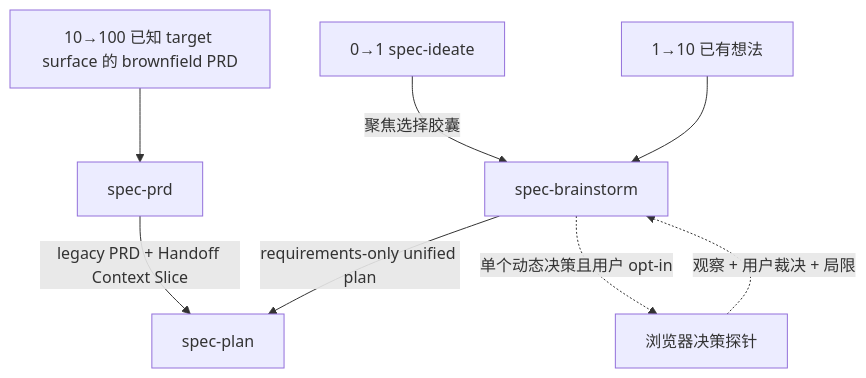
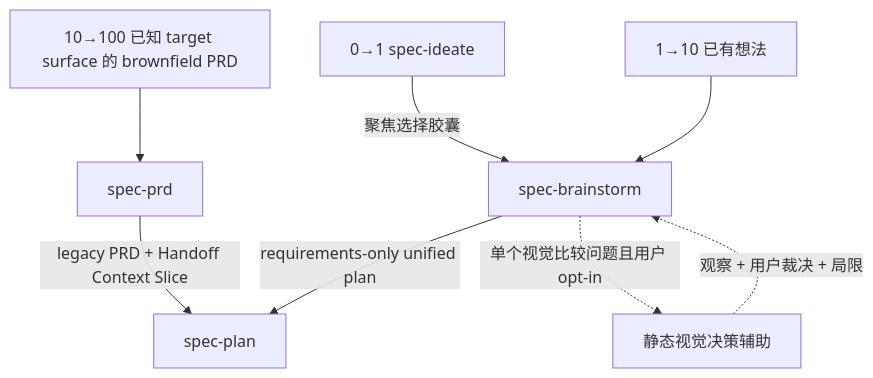
One commit to leo-kuang-ai/spec-first changed the first of 3 diagrams in docs/plans/2026-07-11-003-refactor-requirements-clarification-skills-integration-plan.md. Above: the diagram before and after it, drawn with Mermaid. The commit also changed other lines of this file and 35 other files, not shown here.

````diff
--- a/docs/plans/2026-07-11-003-refactor-requirements-clarification-skills-integration-plan.md
+++ b/docs/plans/2026-07-11-003-refactor-requirements-clarification-skills-integration-plan.md
@@ -34,10 +34,10 @@
 ```mermaid
 flowchart TB
   I[0→1 spec-ideate] -->|聚焦选择胶囊| B[spec-brainstorm]
   D[1→10 已有想法] --> B
   B -->|requirements-only unified plan| P[spec-plan]
   R[10→100 已知 target surface 的 brownfield PRD] --> Q[spec-prd]
   Q -->|legacy PRD + Handoff Context Slice| P
-  B -. 单个动态决策且用户 opt-in .-> V[浏览器决策探针]
+  B -. 单个视觉比较问题且用户 opt-in .-> V[静态视觉决策辅助]
   V -. 观察 + 用户裁决 + 局限 .-> B
 ```
````
